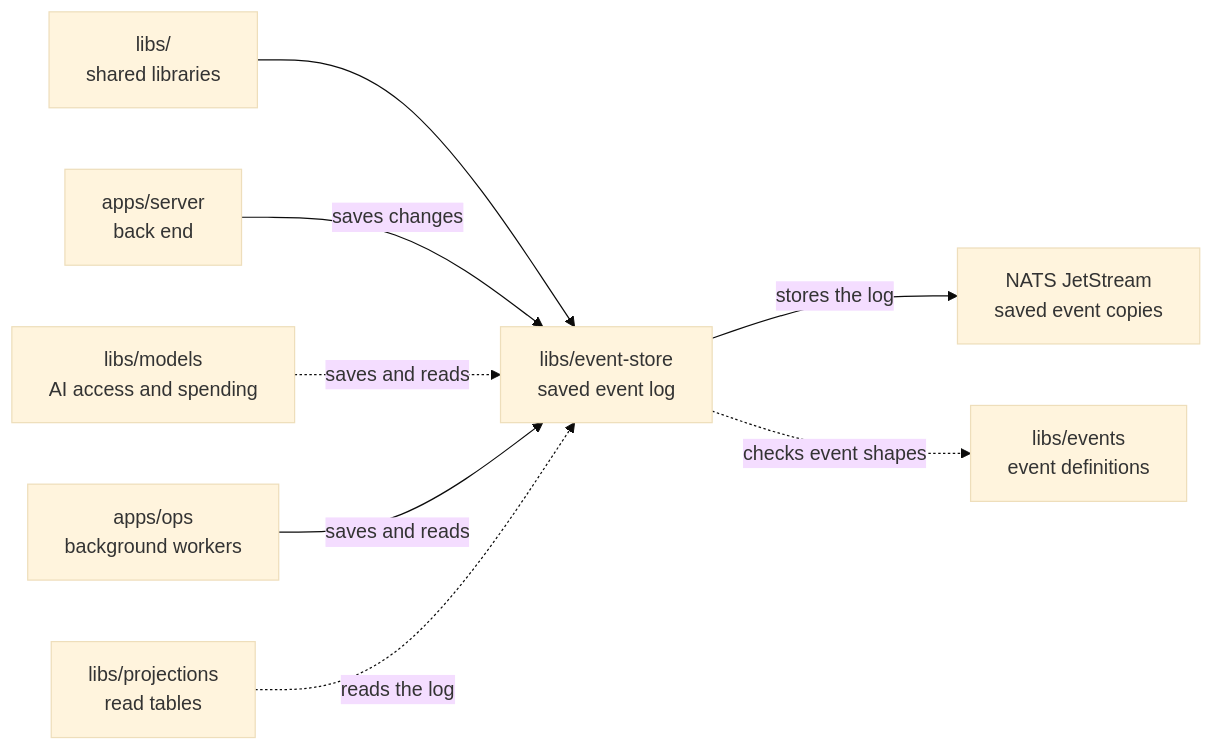
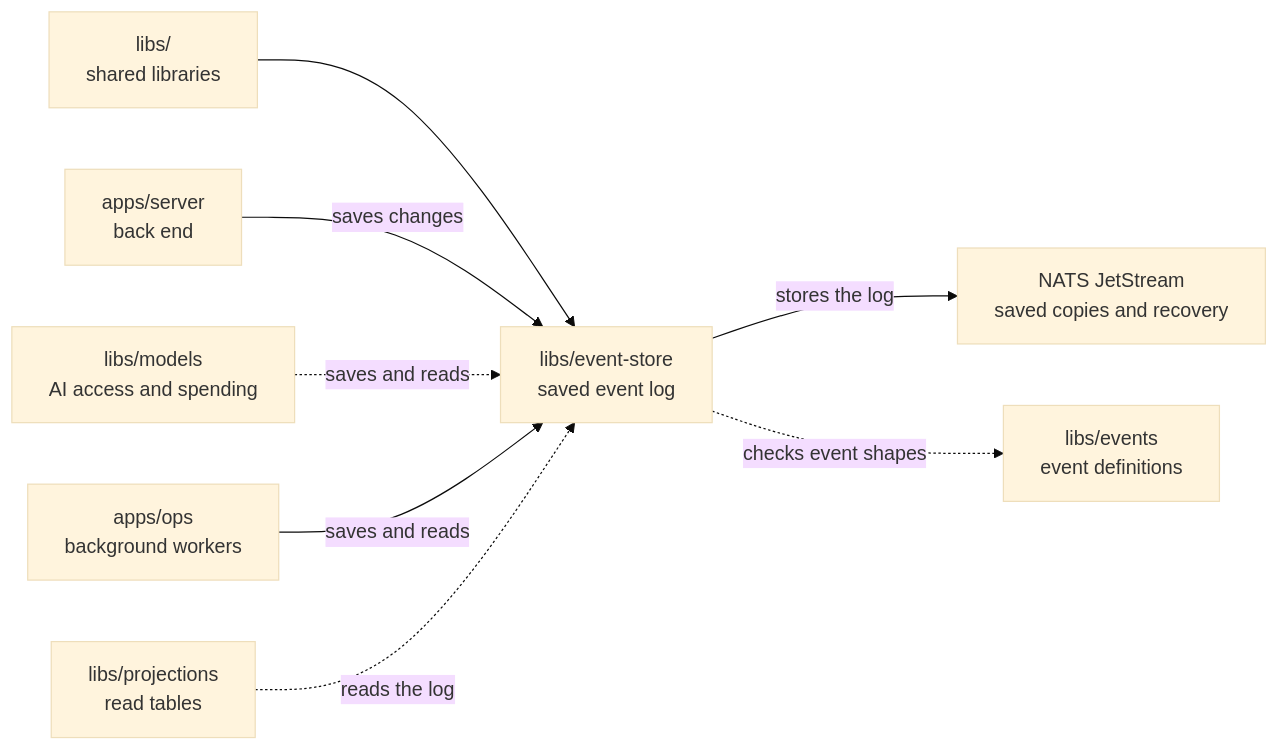
Before and after one commit to elewa-git/opencrane-new: the diagram in libs/event-store/README.md, drawn with Mermaid (base theme). The commit also changed other lines of this file and 7 other files, not shown here.

Commit message:
🧪 Check event survival after a NATS leader failure and rejoin

````diff
--- a/libs/event-store/README.md
+++ b/libs/event-store/README.md
@@ -21,10 +21,10 @@
 ```mermaid
 flowchart LR
   parent["libs/<br/>shared libraries"] --> store["libs/event-store<br/>saved event log"]
   server["apps/server<br/>back end"] -->|saves changes| store
   models["libs/models<br/>AI access and spending"] -.->|saves and reads| store
   ops["apps/ops<br/>background workers"] -->|saves and reads| store
   projections["libs/projections<br/>read tables"] -.->|reads the log| store
-  store -->|stores the log| nats["NATS JetStream<br/>saved event copies"]
+  store -->|stores the log| nats["NATS JetStream<br/>saved copies and recovery"]
   store -.->|checks event shapes| events["libs/events<br/>event definitions"]
 ```
````
